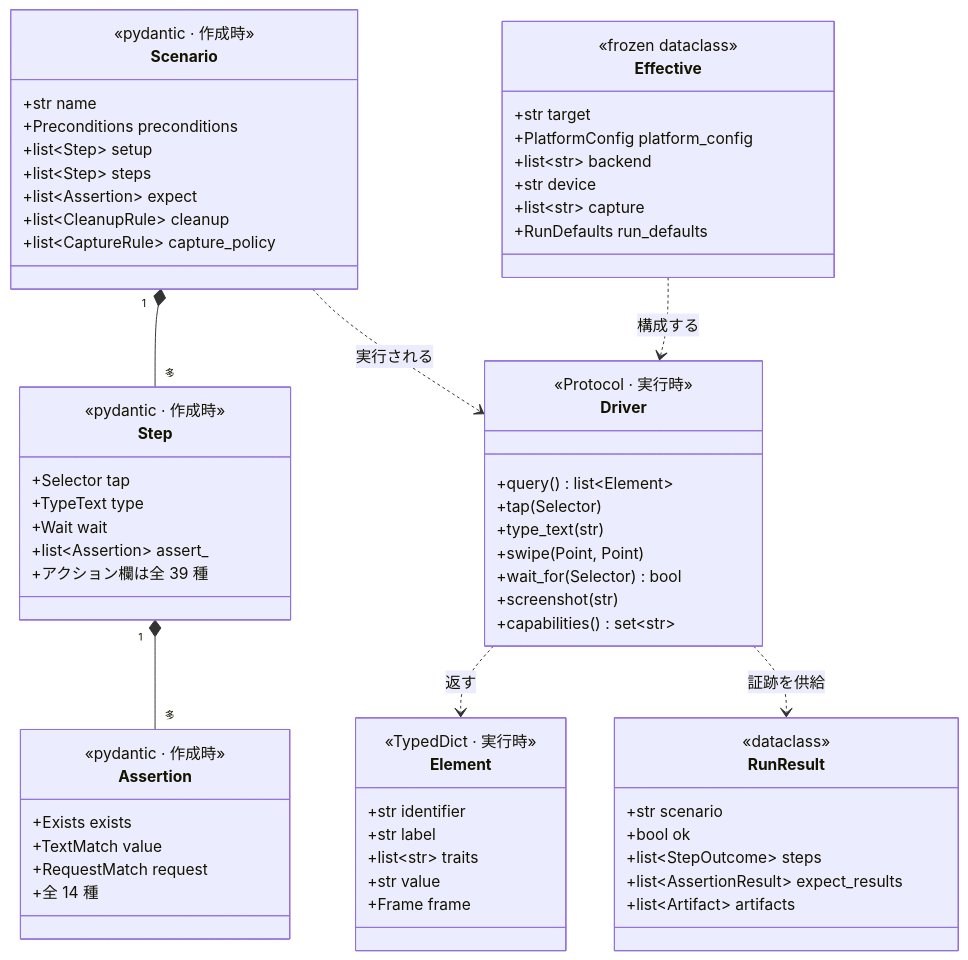
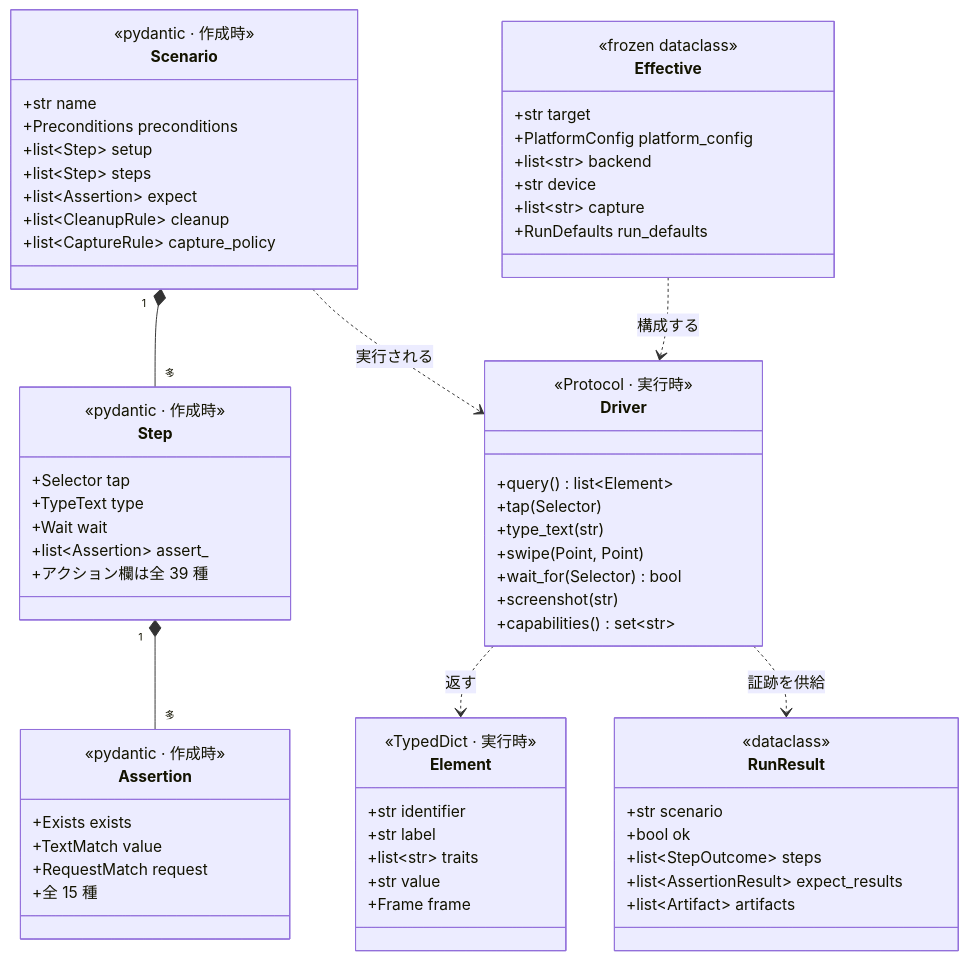
The third of 12 diagrams in docs/ja/developer-guide.md (bajutsu-e2e/bajutsu), drawn with Mermaid before and after one commit. The commit also changed other lines of this file and 21 other files, not shown here.

````diff
--- a/docs/ja/developer-guide.md
+++ b/docs/ja/developer-guide.md
@@ -288,70 +288,70 @@
 ```mermaid
 classDiagram
     class Scenario {
         <<pydantic · 作成時>>
         +str name
         +Preconditions preconditions
         +list~Step~ setup
         +list~Step~ steps
         +list~Assertion~ expect
         +list~CleanupRule~ cleanup
         +list~CaptureRule~ capture_policy
     }
     class Step {
         <<pydantic · 作成時>>
         +Selector tap
         +TypeText type
         +Wait wait
         +list~Assertion~ assert_
         +アクション欄は全 39 種
     }
     class Assertion {
         <<pydantic · 作成時>>
         +Exists exists
         +TextMatch value
         +RequestMatch request
-        +全 14 種
+        +全 15 種
     }
     class Driver {
         <<Protocol · 実行時>>
         +query() list~Element~
         +tap(Selector)
         +type_text(str)
         +swipe(Point, Point)
         +wait_for(Selector) bool
         +screenshot(str)
         +capabilities() set~str~
     }
     class Element {
         <<TypedDict · 実行時>>
         +str identifier
         +str label
         +list~str~ traits
         +str value
         +Frame frame
     }
     class Effective {
         <<frozen dataclass>>
         +str target
         +PlatformConfig platform_config
         +list~str~ backend
         +str device
         +list~str~ capture
         +RunDefaults run_defaults
     }
     class RunResult {
         <<dataclass>>
         +str scenario
         +bool ok
         +list~StepOutcome~ steps
         +list~AssertionResult~ expect_results
         +list~Artifact~ artifacts
     }
 
     Scenario "1" *-- "多" Step
     Step "1" *-- "多" Assertion
     Driver ..> Element : 返す
     Scenario ..> Driver : 実行される
     Effective ..> Driver : 構成する
     Driver ..> RunResult : 証跡を供給
 ```
````
